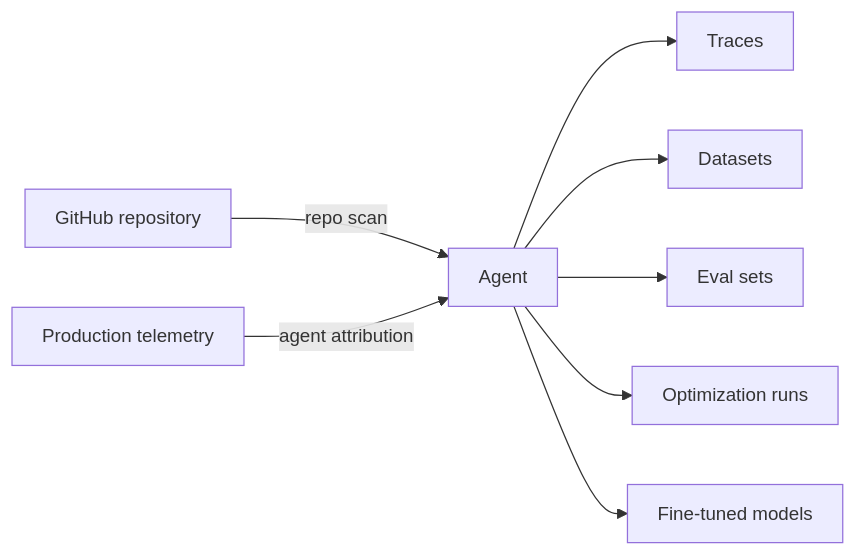
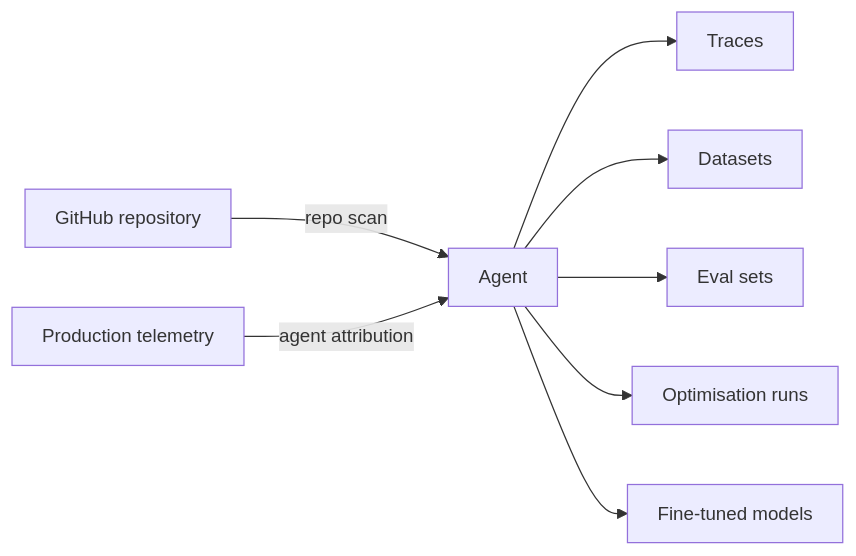
The diagram in core/agents.mdx (overmind-core/docs), drawn with Mermaid before and after one commit. The commit also changed other lines of this file and 13 other files, not shown here.

````diff
--- a/core/agents.mdx
+++ b/core/agents.mdx
@@ -20,11 +20,11 @@
 ```mermaid
 %%{init: {"flowchart": {"nodeSpacing": 48, "rankSpacing": 56, "padding": 12, "curve": "basis"}, "themeVariables": {"fontSize": "15px", "fontFamily": "PP Neue Montreal, system-ui, sans-serif"}}}%%
 flowchart LR
     A[GitHub repository] -->|repo scan| C[Agent]
     B[Production telemetry] -->|agent attribution| C
     C --> D[Traces]
     C --> E[Datasets]
     C --> F[Eval sets]
-    C --> G[Optimization runs]
+    C --> G[Optimisation runs]
     C --> H[Fine-tuned models]
 ```
````
